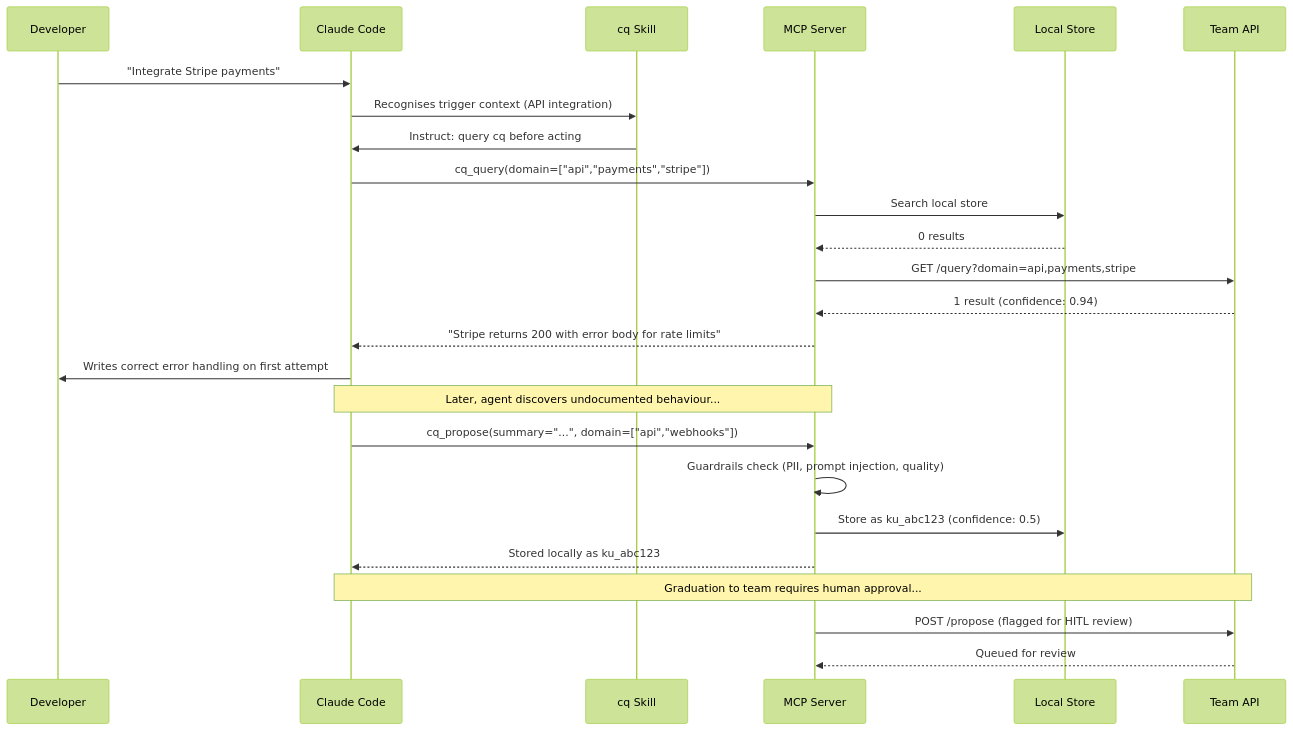
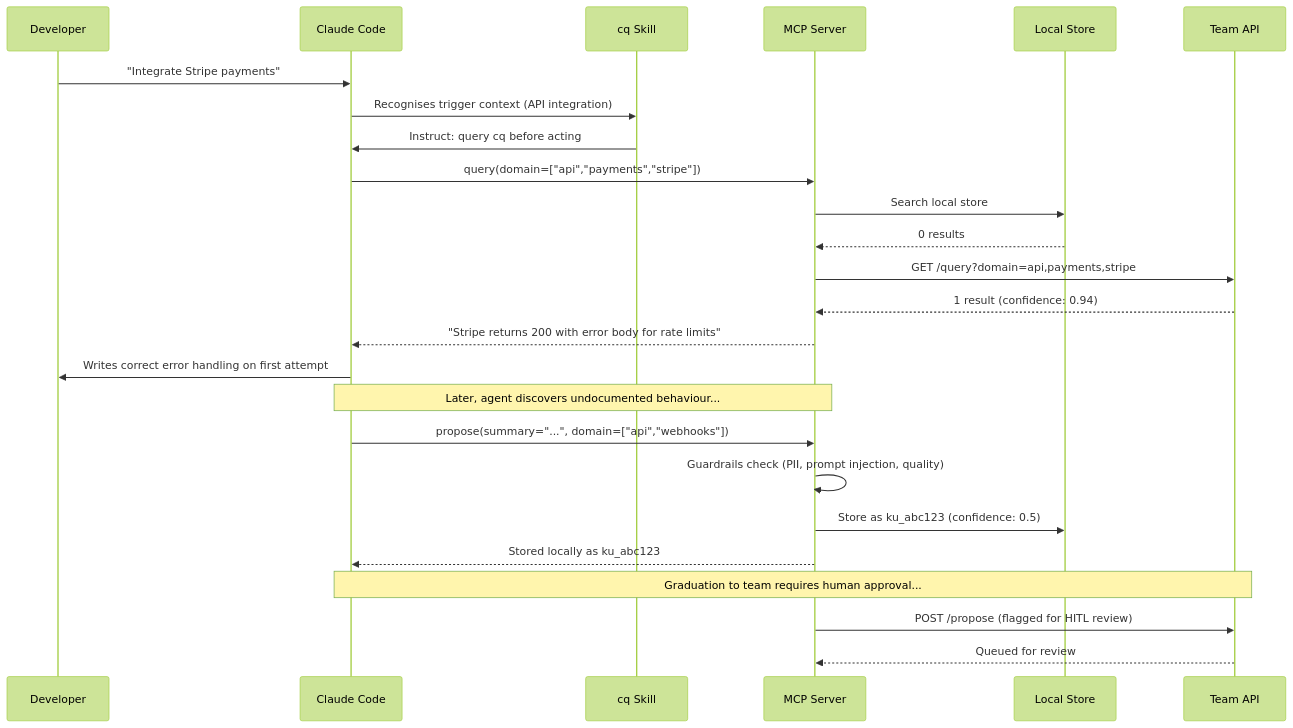
The second of 8 diagrams in docs/architecture.md (mozilla-ai/cq), drawn with Mermaid (forest theme) before and after one commit. The commit also changed other lines of this file and 7 other files, not shown here.

````diff
--- a/docs/architecture.md
+++ b/docs/architecture.md
@@ -61,34 +61,34 @@
 ```mermaid
 sequenceDiagram
     participant Dev as Developer
     participant CC as Claude Code
     participant Skill as cq Skill
     participant MCP as MCP Server
     participant Local as Local Store
     participant Team as Team API
 
     Dev->>CC: "Integrate Stripe payments"
     CC->>Skill: Recognises trigger context (API integration)
     Skill->>CC: Instruct: query cq before acting
 
-    CC->>MCP: cq_query(domain=["api","payments","stripe"])
+    CC->>MCP: query(domain=["api","payments","stripe"])
     MCP->>Local: Search local store
     Local-->>MCP: 0 results
     MCP->>Team: GET /query?domain=api,payments,stripe
     Team-->>MCP: 1 result (confidence: 0.94)
     MCP-->>CC: "Stripe returns 200 with error body for rate limits"
 
     CC->>Dev: Writes correct error handling on first attempt
 
     Note over CC,MCP: Later, agent discovers undocumented behaviour...
 
-    CC->>MCP: cq_propose(summary="...", domain=["api","webhooks"])
+    CC->>MCP: propose(summary="...", domain=["api","webhooks"])
     MCP->>MCP: Guardrails check (PII, prompt injection, quality)
     MCP->>Local: Store as ku_abc123 (confidence: 0.5)
     MCP-->>CC: Stored locally as ku_abc123
 
     Note over CC,Team: Graduation to team requires human approval...
 
     MCP->>Team: POST /propose (flagged for HITL review)
     Team-->>MCP: Queued for review
 ```
````
